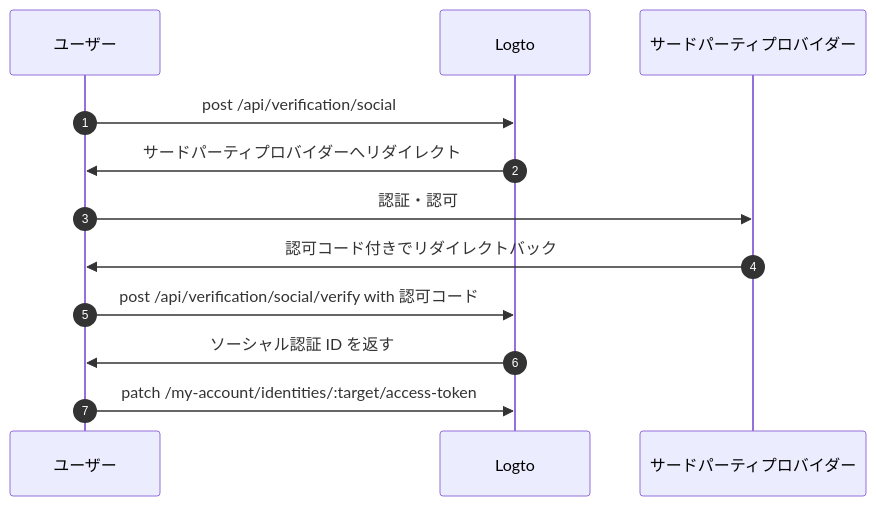
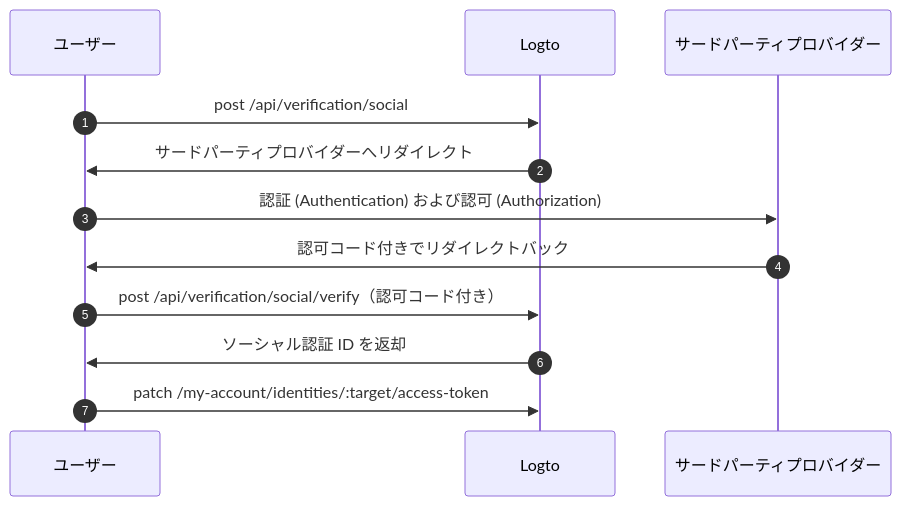
The diagram in i18n/ja/docusaurus-plugin-content-docs/current/secret-vault/federated-token-set.mdx (logto-io/docs), drawn with Mermaid before and after one commit. The commit also changed other lines of this file and 129 other files, not shown here.

````diff
--- a/i18n/ja/docusaurus-plugin-content-docs/current/secret-vault/federated-token-set.mdx
+++ b/i18n/ja/docusaurus-plugin-content-docs/current/secret-vault/federated-token-set.mdx
@@ -146,16 +146,16 @@
 ```mermaid
 sequenceDiagram
     autonumber
 
     participant User as ユーザー
     participant Logto as Logto
     participant Provider as サードパーティプロバイダー
 
     User->>Logto: post /api/verification/social
     Logto->>User: サードパーティプロバイダーへリダイレクト
-    User->>Provider: 認証・認可
+    User->>Provider: 認証 (Authentication) および認可 (Authorization)
     Provider->>User: 認可コード付きでリダイレクトバック
-    User->>Logto: post /api/verification/social/verify with 認可コード
-    Logto->>User: ソーシャル認証 ID を返す
+    User->>Logto: post /api/verification/social/verify（認可コード付き）
+    Logto->>User: ソーシャル認証 ID を返却
     User->>Logto: patch /my-account/identities/:target/access-token
 ```
````
